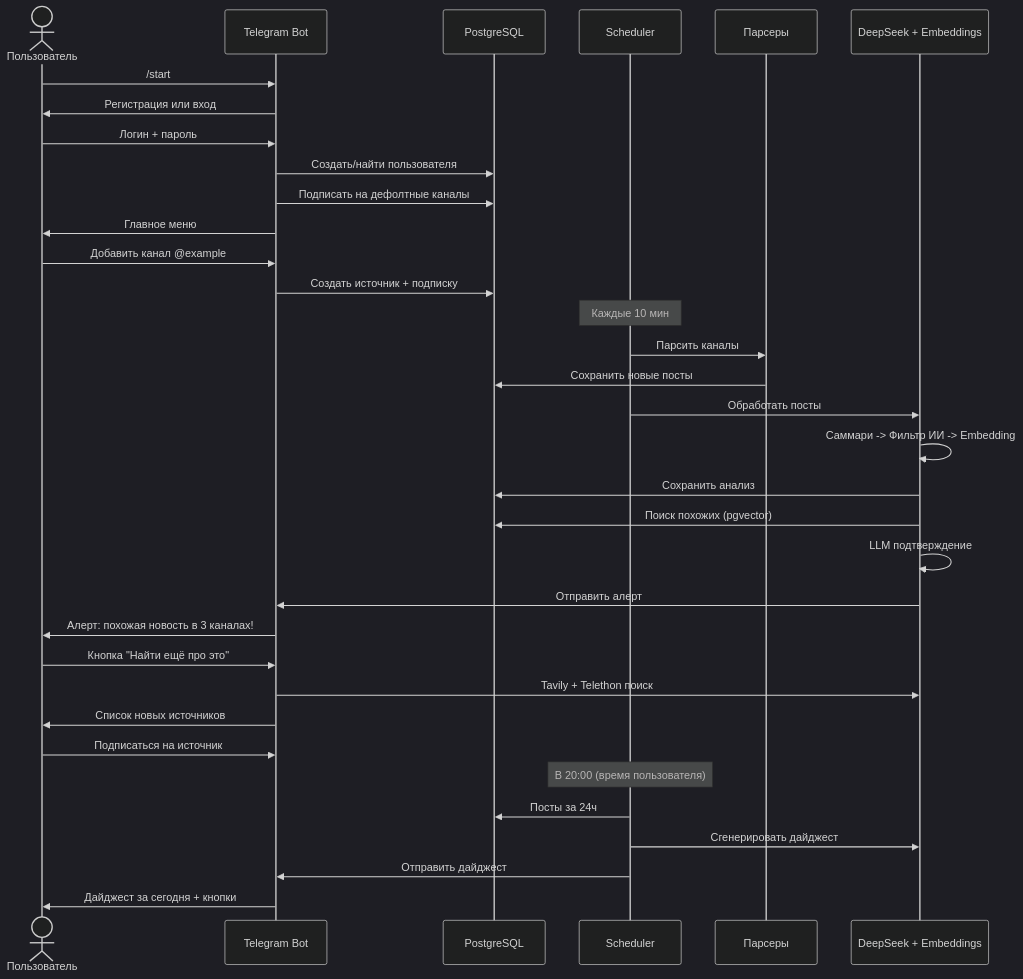
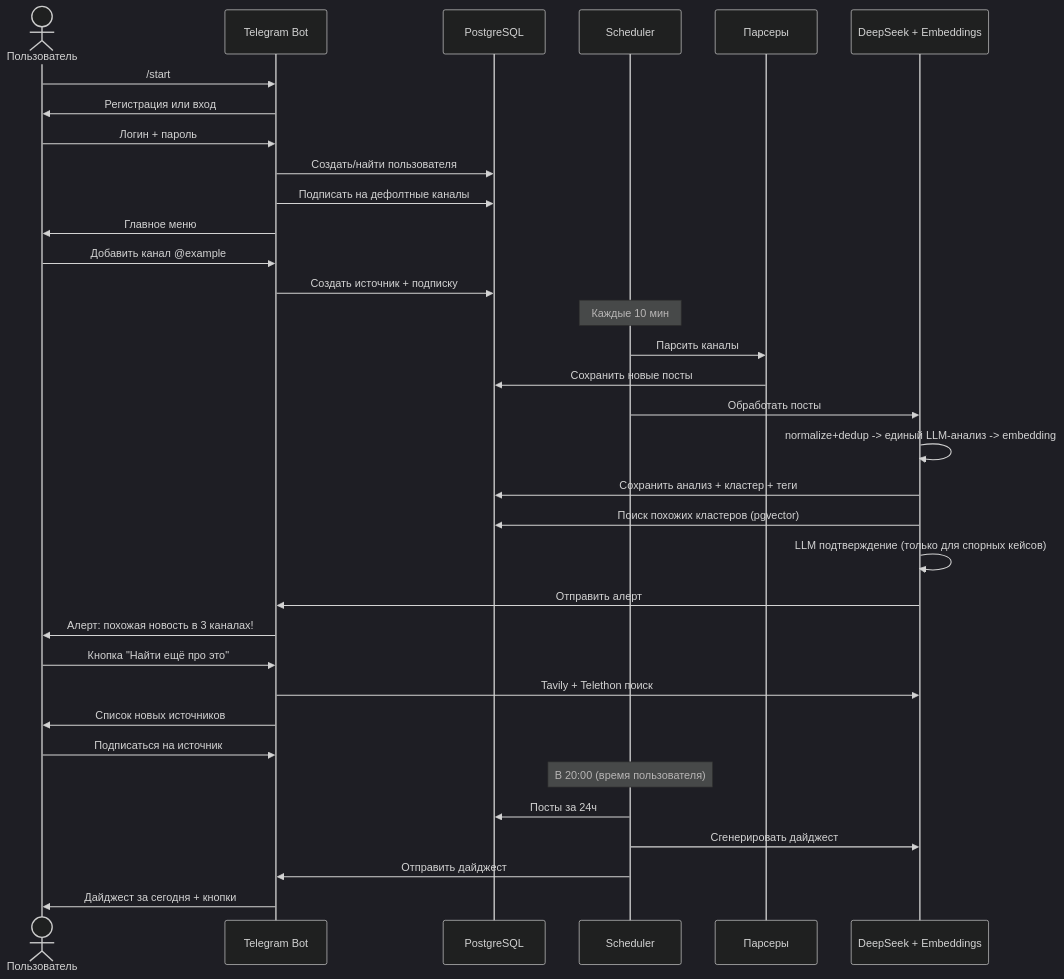
One commit to senya-2011/telegram-ai-channel-parser changed the seventh of 9 diagrams in ARCHITECTURE.md. Above: the diagram before and after it, drawn with Mermaid (dark theme). The commit also changed other lines of this file and 22 other files, not shown here.

````diff
--- a/ARCHITECTURE.md
+++ b/ARCHITECTURE.md
@@ -294,43 +326,43 @@
 ```mermaid
 sequenceDiagram
     actor User as Пользователь
     participant Bot as Telegram Bot
     participant DB as PostgreSQL
     participant Sched as Scheduler
     participant Parser as Парсеры
     participant AI as DeepSeek + Embeddings
 
     User->>Bot: /start
     Bot->>User: Регистрация или вход
     User->>Bot: Логин + пароль
     Bot->>DB: Создать/найти пользователя
     Bot->>DB: Подписать на дефолтные каналы
     Bot->>User: Главное меню
 
     User->>Bot: Добавить канал @example
     Bot->>DB: Создать источник + подписку
 
     Note over Sched: Каждые 10 мин
     Sched->>Parser: Парсить каналы
     Parser->>DB: Сохранить новые посты
 
     Sched->>AI: Обработать посты
-    AI->>AI: Саммари -> Фильтр ИИ -> Embedding
-    AI->>DB: Сохранить анализ
-    AI->>DB: Поиск похожих (pgvector)
-    AI->>AI: LLM подтверждение
+    AI->>AI: normalize+dedup -> единый LLM-анализ -> embedding
+    AI->>DB: Сохранить анализ + кластер + теги
+    AI->>DB: Поиск похожих кластеров (pgvector)
+    AI->>AI: LLM подтверждение (только для спорных кейсов)
     AI->>Bot: Отправить алерт
 
     Bot->>User: Алерт: похожая новость в 3 каналах!
 
     User->>Bot: Кнопка "Найти ещё про это"
     Bot->>AI: Tavily + Telethon поиск
     Bot->>User: Список новых источников
     User->>Bot: Подписаться на источник
 
     Note over Sched: В 20:00 (время пользователя)
     Sched->>DB: Посты за 24ч
     Sched->>AI: Сгенерировать дайджест
     Sched->>Bot: Отправить дайджест
     Bot->>User: Дайджест за сегодня + кнопки
 ```
````
